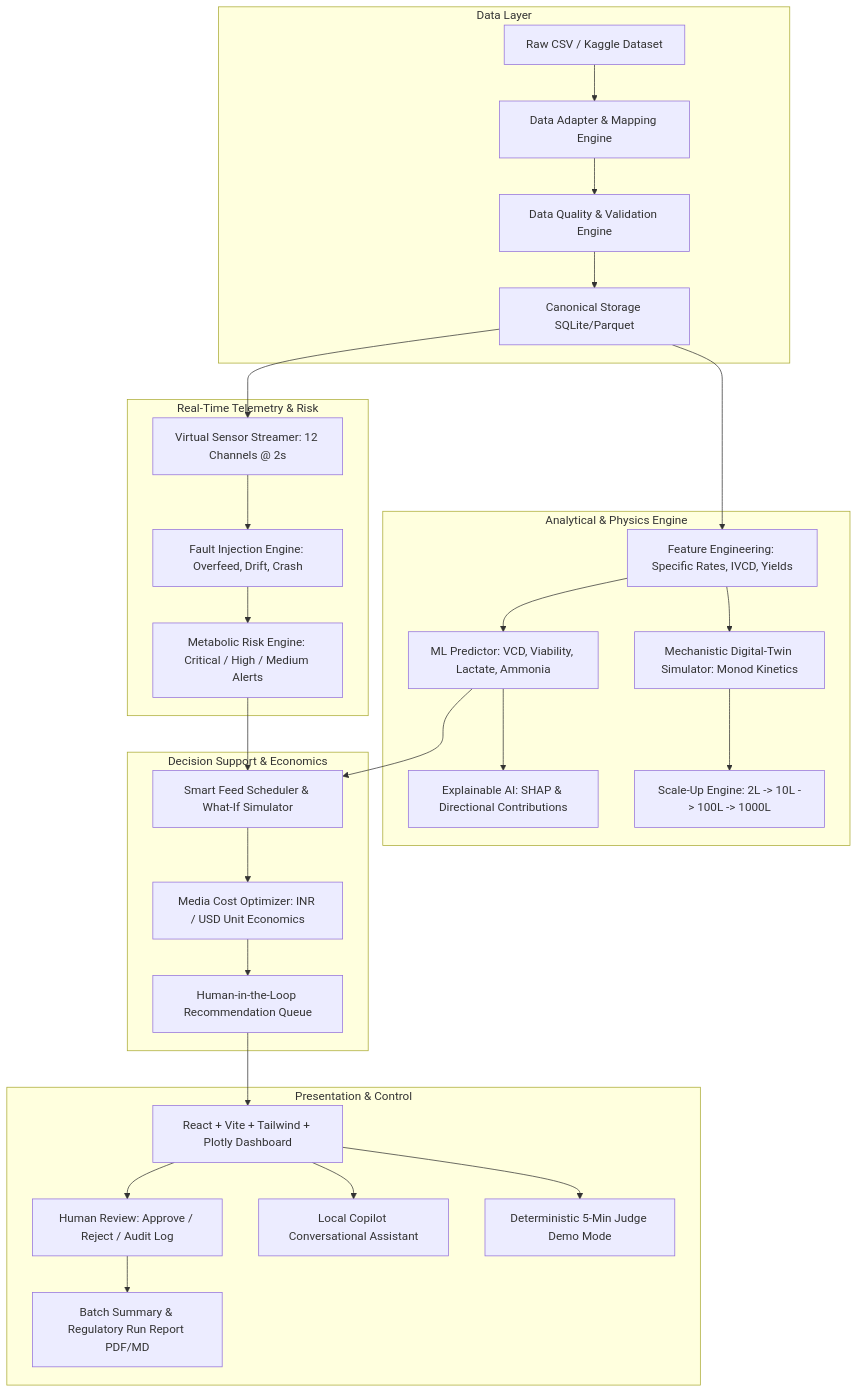
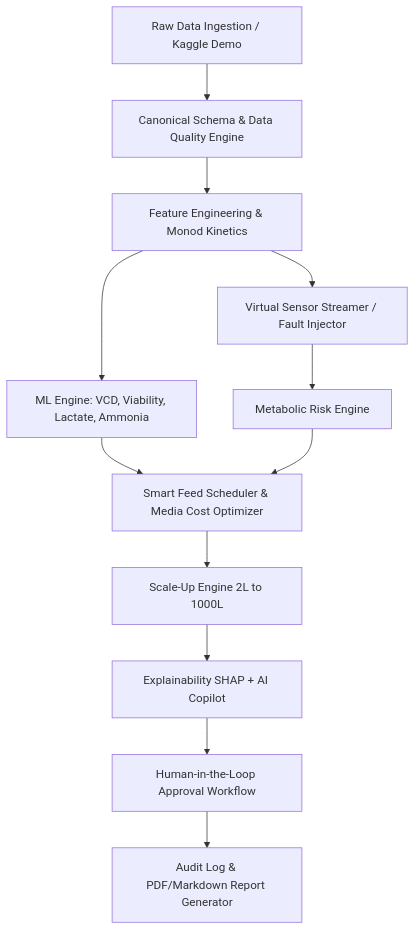
Before and after one commit to kishor0310/biocopilot: the diagram in docs/implementation_plan.md, drawn with Mermaid. The commit also changed other lines of this file and 86 other files, not shown here.

Commit message:
feat: add local updates and refactored architecture

````diff
--- a/docs/implementation_plan.md
+++ b/docs/implementation_plan.md
@@ -12,36 +20,13 @@
 ```mermaid
 graph TD
-    subgraph Data Layer
-        A1[Raw CSV / Kaggle Dataset] --> A2[Data Adapter & Mapping Engine]
-        A2 --> A3[Data Quality & Validation Engine]
-        A3 --> A4[Canonical Storage SQLite/Parquet]
-    end
-
-    subgraph Analytical & Physics Engine
-        A4 --> B1[Feature Engineering: Specific Rates, IVCD, Yields]
-        B1 --> B2[ML Predictor: VCD, Viability, Lactate, Ammonia]
-        B2 --> B3[Explainable AI: SHAP & Directional Contributions]
-        B1 --> B4[Mechanistic Digital-Twin Simulator: Monod Kinetics]
-        B4 --> B5[Scale-Up Engine: 2L -> 10L -> 100L -> 1000L]
-    end
-
-    subgraph Real-Time Telemetry & Risk
-        A4 --> C1[Virtual Sensor Streamer: 12 Channels @ 2s]
-        C1 --> C2[Fault Injection Engine: Overfeed, Drift, Crash]
-        C2 --> C3[Metabolic Risk Engine: Critical / High / Medium Alerts]
-    end
-
-    subgraph Decision Support & Economics
-        B2 & C3 --> D1[Smart Feed Scheduler & What-If Simulator]
-        D1 --> D2[Media Cost Optimizer: INR / USD Unit Economics]
-        D2 --> D3[Human-in-the-Loop Recommendation Queue]
-    end
-
-    subgraph Presentation & Control
-        D3 --> E1[React + Vite + Tailwind + Plotly Dashboard]
-        E1 --> E2[Human Review: Approve / Reject / Audit Log]
-        E2 --> E3[Batch Summary & Regulatory Run Report PDF/MD]
-        E1 --> E4[Local Copilot Conversational Assistant]
-        E1 --> E5[Deterministic 5-Min Judge Demo Mode]
-    end
+    A[Raw Data Ingestion / Kaggle Demo] --> B[Canonical Schema & Data Quality Engine]
+    B --> C[Feature Engineering & Monod Kinetics]
+    C --> D[ML Engine: VCD, Viability, Lactate, Ammonia]
+    C --> E[Virtual Sensor Streamer / Fault Injector]
+    E --> F[Metabolic Risk Engine]
+    D & F --> G[Smart Feed Scheduler & Media Cost Optimizer]
+    G --> H[Scale-Up Engine 2L to 1000L]
+    H --> I[Explainability SHAP + AI Copilot]
+    I --> J[Human-in-the-Loop Approval Workflow]
+    J --> K[Audit Log & PDF/Markdown Report Generator]
 ```
````
